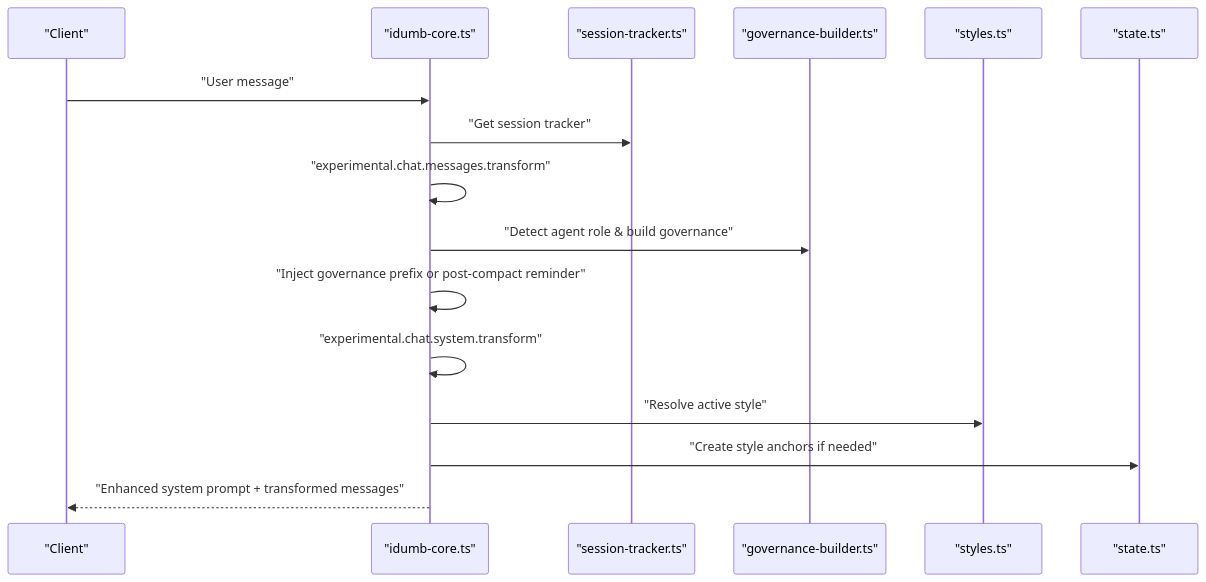
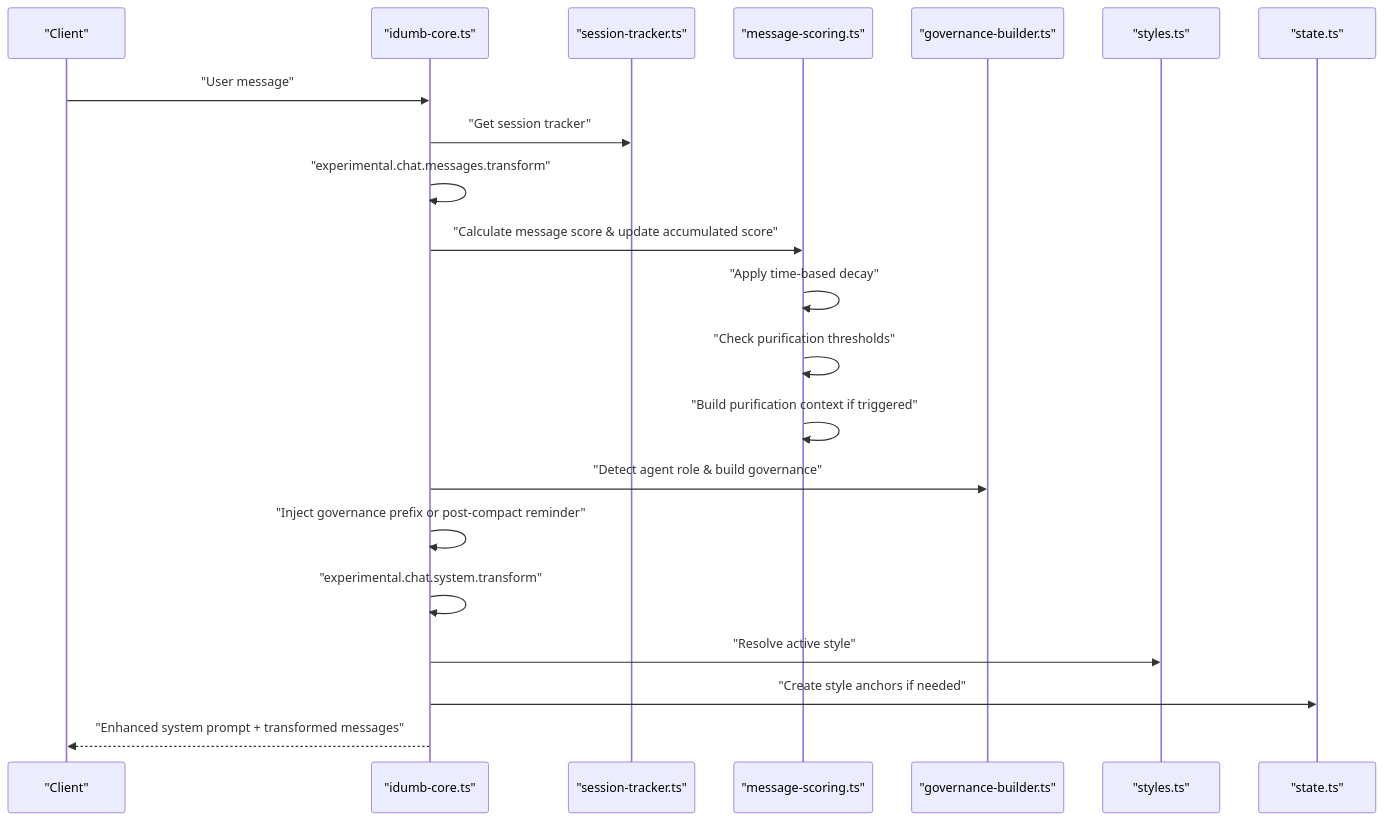
The second of 11 diagrams in .qoder/repowiki/en/content/API Reference/Plugin API/Message Transform Hooks.md (shynlee04/idumb-plugin), drawn with Mermaid before and after one commit. The commit also changed other lines of this file and 19 other files, not shown here.

````diff
--- a/.qoder/repowiki/en/content/API Reference/Plugin API/Message Transform Hooks.md
+++ b/.qoder/repowiki/en/content/API Reference/Plugin API/Message Transform Hooks.md
@@ -105,18 +123,23 @@
 ```mermaid
 sequenceDiagram
 participant Client as "Client"
 participant Plugin as "idumb-core.ts"
 participant Tracker as "session-tracker.ts"
+participant Score as "message-scoring.ts"
 participant Gov as "governance-builder.ts"
 participant Styles as "styles.ts"
 participant State as "state.ts"
 Client->>Plugin : "User message"
 Plugin->>Tracker : "Get session tracker"
 Plugin->>Plugin : "experimental.chat.messages.transform"
+Plugin->>Score : "Calculate message score & update accumulated score"
+Score->>Score : "Apply time-based decay"
+Score->>Score : "Check purification thresholds"
+Score->>Score : "Build purification context if triggered"
 Plugin->>Gov : "Detect agent role & build governance"
 Plugin->>Plugin : "Inject governance prefix or post-compact reminder"
 Plugin->>Plugin : "experimental.chat.system.transform"
 Plugin->>Styles : "Resolve active style"
 Plugin->>State : "Create style anchors if needed"
 Plugin-->>Client : "Enhanced system prompt + transformed messages"
 ```
````
